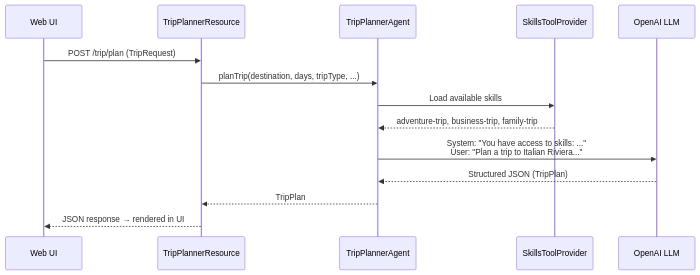
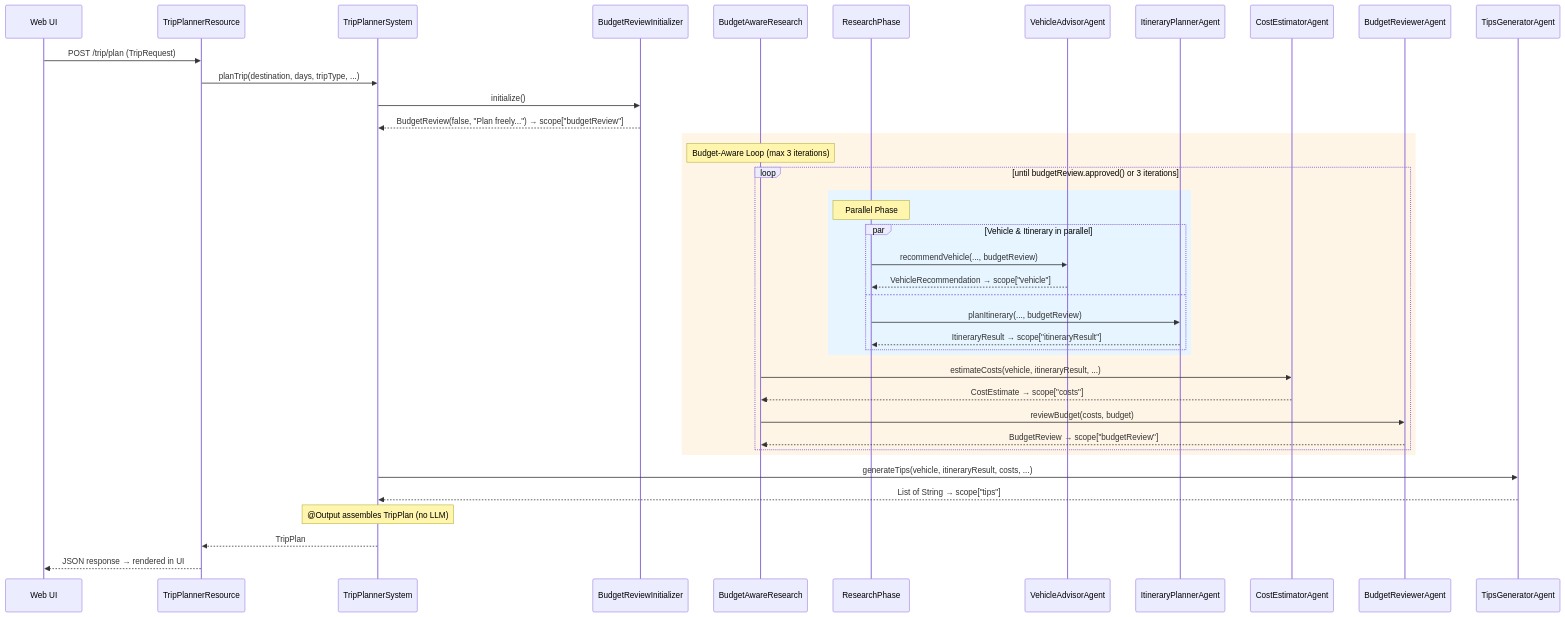
Before and after one commit to quarkusio/quarkus-workshop-langchain4j: the first of 2 diagrams in docs/docs/section-3/step-01.md, drawn with Mermaid. The commit also changed other lines of this file and 14 other files, not shown here.

Commit message:
Turn the single agent in step 01 of section 3 into a complete agentic system

````diff
--- a/docs/docs/section-3/step-01.md
+++ b/docs/docs/section-3/step-01.md
@@ -38,17 +71,49 @@
 ```mermaid
 sequenceDiagram
     participant User as Web UI
     participant REST as TripPlannerResource
-    participant Agent as TripPlannerAgent
-    participant Skills as SkillsToolProvider
-    participant LLM as OpenAI LLM
+    participant Seq as TripPlannerSystem
+    participant Init as BudgetReviewInitializer
+    participant BAR as BudgetAwareResearch
+    participant RP as ResearchPhase
+    participant VA as VehicleAdvisorAgent
+    participant IP as ItineraryPlannerAgent
+    participant CE as CostEstimatorAgent
+    participant BR as BudgetReviewerAgent
+    participant TG as TipsGeneratorAgent
 
     User->>REST: POST /trip/plan (TripRequest)
-    REST->>Agent: planTrip(destination, days, tripType, ...)
-    Agent->>Skills: Load available skills
-    Skills-->>Agent: adventure-trip, business-trip, family-trip
-    Agent->>LLM: System: "You have access to skills: ..."<br/>User: "Plan a trip to Italian Riviera..."
-    LLM-->>Agent: Structured JSON (TripPlan)
-    Agent-->>REST: TripPlan
+    REST->>Seq: planTrip(destination, days, tripType, ...)
+
+    Seq->>Init: initialize()
+    Init-->>Seq: BudgetReview(false, "Plan freely...") → scope["budgetReview"]
+
+    rect rgb(255, 245, 230)
+        Note over BAR: Budget-Aware Loop (max 3 iterations)
+        loop until budgetReview.approved() or 3 iterations
+            rect rgb(230, 245, 255)
+                Note over RP: Parallel Phase
+                par Vehicle & Itinerary in parallel
+                    RP->>VA: recommendVehicle(..., budgetReview)
+                    VA-->>RP: VehicleRecommendation → scope["vehicle"]
+                and
+                    RP->>IP: planItinerary(..., budgetReview)
+                    IP-->>RP: ItineraryResult → scope["itineraryResult"]
+                end
+            end
+
+            BAR->>CE: estimateCosts(vehicle, itineraryResult, ...)
+            CE-->>BAR: CostEstimate → scope["costs"]
+
+            BAR->>BR: reviewBudget(costs, budget)
+            BR-->>BAR: BudgetReview → scope["budgetReview"]
+        end
+    end
+
+    Seq->>TG: generateTips(vehicle, itineraryResult, costs, ...)
+    TG-->>Seq: List of String → scope["tips"]
+
+    Note over Seq: @Output assembles TripPlan (no LLM)
+    Seq-->>REST: TripPlan
     REST-->>User: JSON response → rendered in UI
 ```
````
